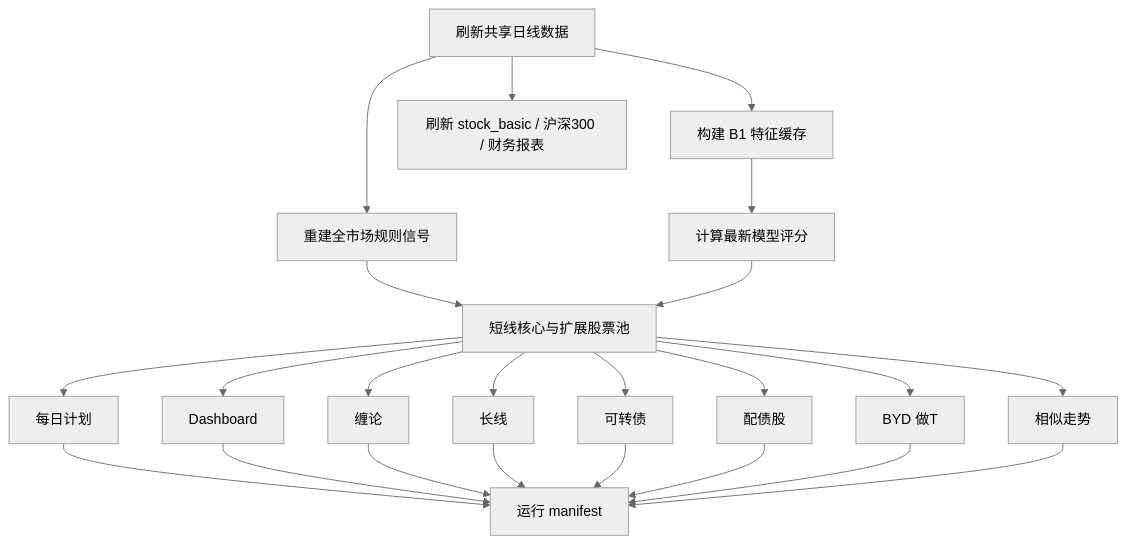
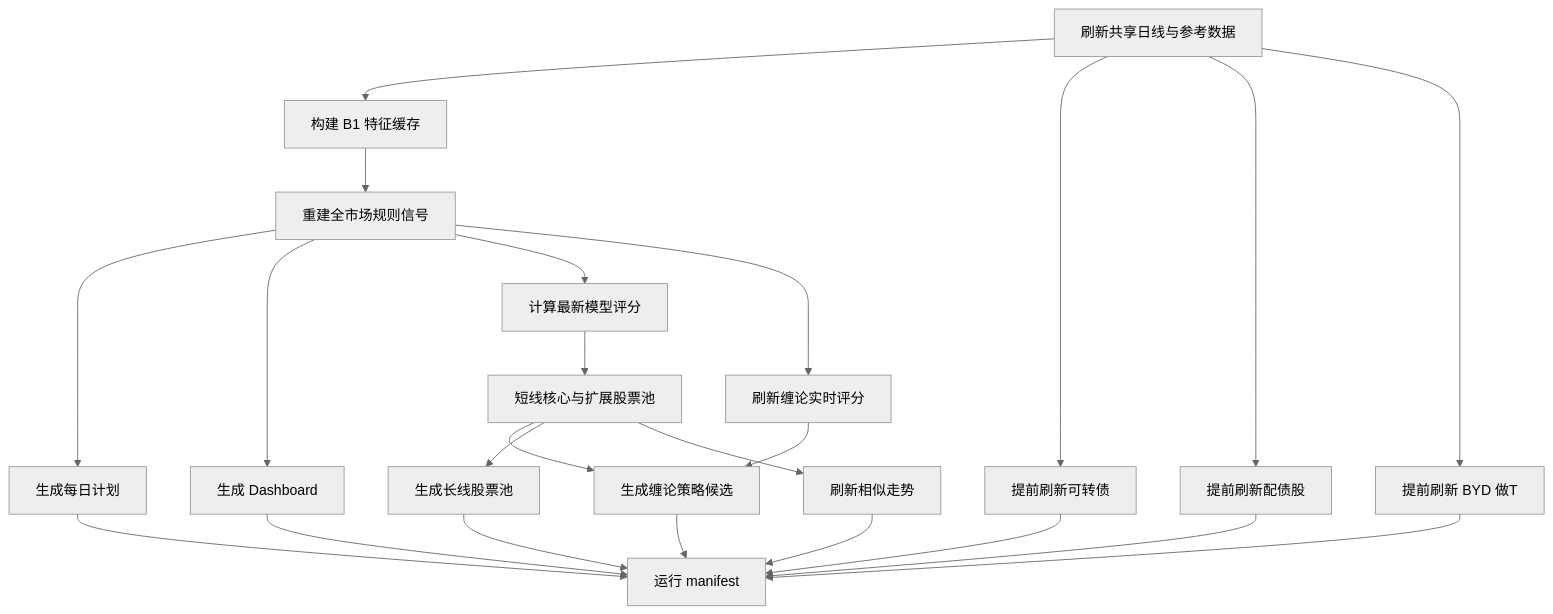
The second of 2 diagrams in docs/architecture.md (pDeathlok/quant), drawn with Mermaid (neutral theme) before and after one commit. The commit also changed other lines of this file and 29 other files, not shown here.

````diff
--- a/docs/architecture.md
+++ b/docs/architecture.md
@@ -38,25 +39,25 @@
 ```mermaid
 flowchart TD
-    A[刷新共享日线数据] --> B1[构建 B1 特征缓存]
-    A --> R[刷新 stock_basic / 沪深300 / 财务报表]
-    A --> B2[重建全市场规则信号]
-    B1 --> C[计算最新模型评分]
-    B2 --> D[短线核心与扩展股票池]
-    C --> D
-    D --> E1[每日计划]
-    D --> E2[Dashboard]
-    D --> W1[缠论]
-    D --> W2[长线]
-    D --> W3[可转债]
-    D --> W4[配债股]
-    D --> W5[BYD 做T]
-    D --> W6[相似走势]
+    A[刷新共享日线与参考数据] --> B1[构建 B1 特征缓存]
+    B1 --> B2[重建全市场规则信号]
+    A --> W3[提前刷新可转债]
+    A --> W4[提前刷新配债股]
+    A --> W5[提前刷新 BYD 做T]
+    B2 --> E1[生成每日计划]
+    B2 --> E2[生成 Dashboard]
+    B2 --> C[计算最新模型评分]
+    B2 --> CS[刷新缠论实时评分]
+    C --> D[短线核心与扩展股票池]
+    CS --> W1[生成缠论策略候选]
+    D --> W1
+    D --> W2[生成长线股票池]
+    D --> W6[刷新相似走势]
     E1 --> M[运行 manifest]
     E2 --> M
     W1 --> M
     W2 --> M
     W3 --> M
     W4 --> M
     W5 --> M
     W6 --> M
 ```
````
